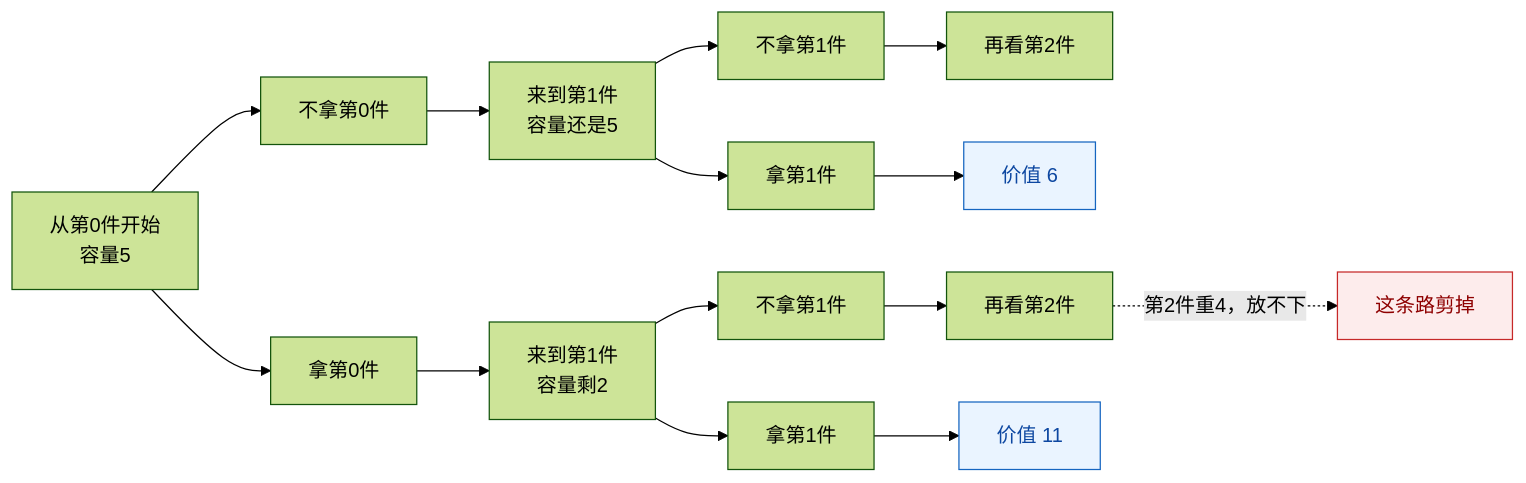
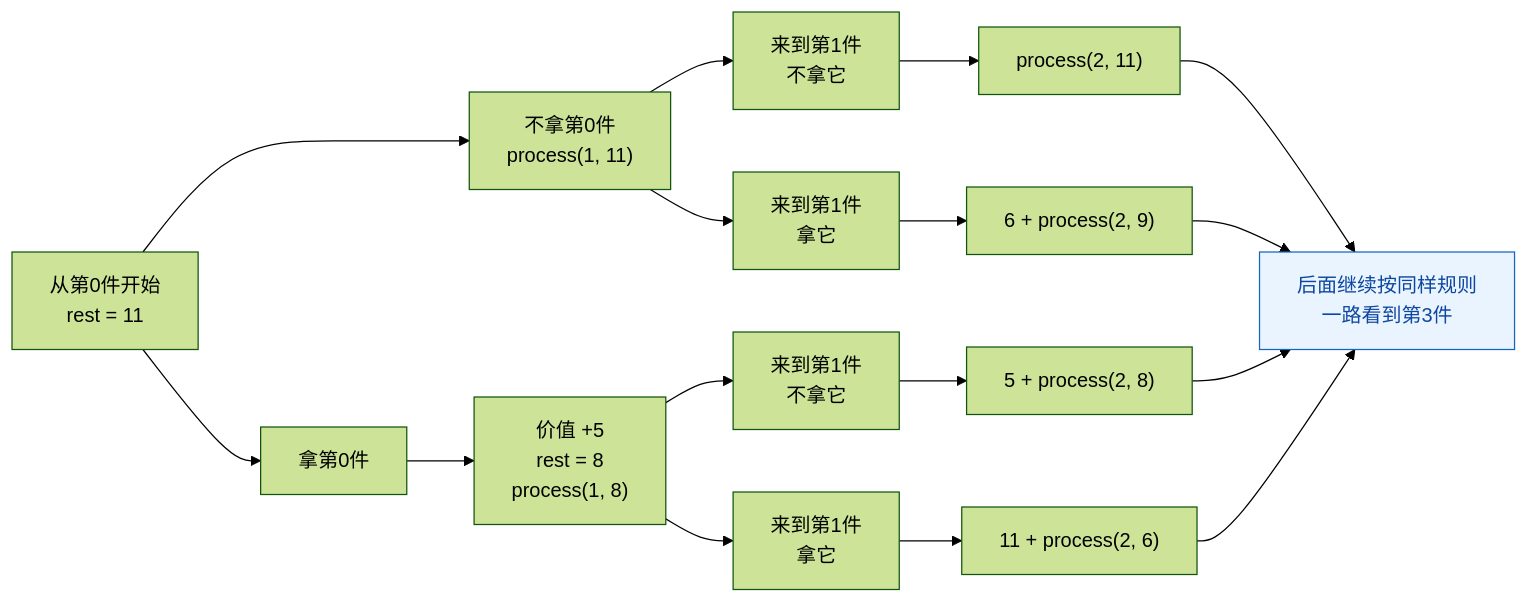
Before and after one commit to freeedoooooo/algs: the first of 3 diagrams in my-notes/01-基础巩固/13-暴力递归到动态规划2-尝试模型/10-尝试模型1-从左往右-背包问题.md, drawn with Mermaid (forest theme). The commit also changed other lines of this file, not shown here.

Commit message:
update bag mermaid

````diff
--- a/my-notes/01-基础巩固/13-暴力递归到动态规划2-尝试模型/10-尝试模型1-从左往右-背包问题.md
+++ b/my-notes/01-基础巩固/13-暴力递归到动态规划2-尝试模型/10-尝试模型1-从左往右-背包问题.md
@@ -108,25 +118,25 @@
 ```mermaid
 graph LR
-    S["从第0件开始<br/>容量5"] --> N0["不拿第0件"]
+    S["从第0件开始<br/>rest = 11"] --> N0["不拿第0件<br/>process(1, 11)"]
     S --> Y0["拿第0件"]
 
-    N0 --> N1["来到第1件<br/>容量还是5"]
-    Y0 --> Y1["来到第1件<br/>容量剩2"]
+    Y0 --> Y0R["价值 +5<br/>rest = 8<br/>process(1, 8)"]
 
-    N1 --> A["不拿第1件"]
-    N1 --> B["拿第1件"]
-    Y1 --> C["不拿第1件"]
-    Y1 --> D["拿第1件"]
+    N0 --> N1["来到第1件<br/>不拿它"]
+    N0 --> N2["来到第1件<br/>拿它"]
+    Y0R --> Y1["来到第1件<br/>不拿它"]
+    Y0R --> Y2["来到第1件<br/>拿它"]
 
-    A --> A1["再看第2件"]
-    B --> R1["价值 6"]
-    C --> C1["再看第2件"]
-    D --> R2["价值 11"]
+    N1 --> A["process(2, 11)"]
+    N2 --> B["6 + process(2, 9)"]
+    Y1 --> C["5 + process(2, 8)"]
+    Y2 --> D["11 + process(2, 6)"]
 
-    C1 -. 第2件重4，放不下 .-> X["这条路剪掉"]
+    A --> T["后面继续按同样规则<br/>一路看到第3件"]
+    B --> T
+    C --> T
+    D --> T
 
-    classDef dead fill:#FDECEC,stroke:#C62828,color:#8E0000;
-    classDef result fill:#EAF4FF,stroke:#1565C0,color:#0D47A1;
-    class X dead;
-    class R1,R2 result;
+    classDef hint fill:#EAF4FF,stroke:#1565C0,color:#0D47A1;
+    class T hint;
 ```
````
